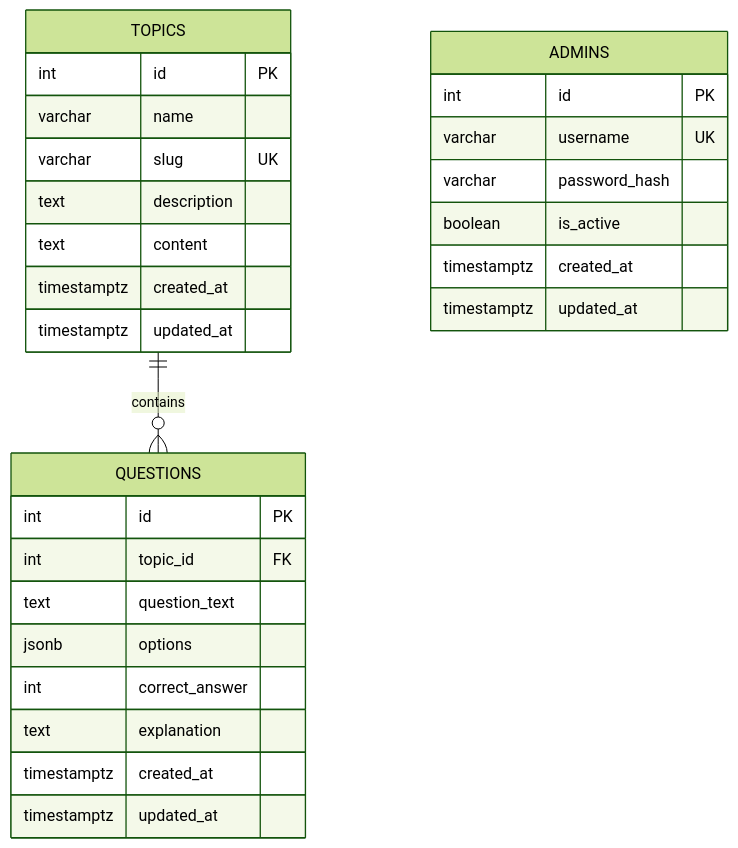
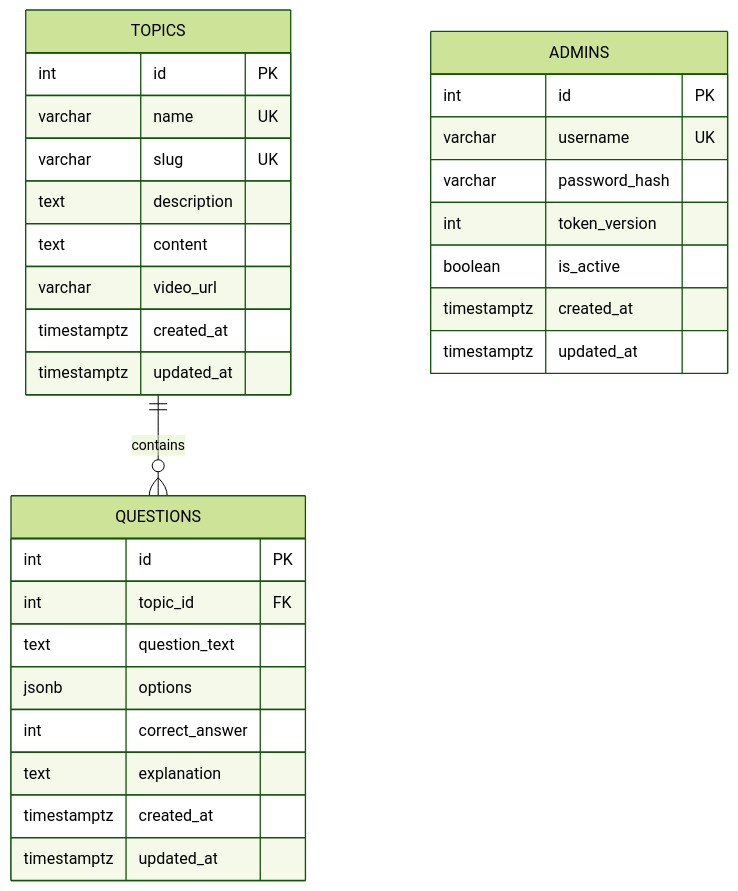
The diagram in backend/database/README.md (MichaelSkyman/NT548-Group-6), drawn with Mermaid (forest theme) before and after one commit. The commit also changed other lines of this file and 28 other files, not shown here.

Commit message:
Reconcile database schema with backend and Kubernetes branches

````diff
--- a/backend/database/README.md
+++ b/backend/database/README.md
@@ -21,31 +23,33 @@
 ```mermaid
 erDiagram
     TOPICS ||--o{ QUESTIONS : contains
     TOPICS {
         int id PK
-        varchar name
+        varchar name UK
         varchar slug UK
         text description
         text content
+        varchar video_url
         timestamptz created_at
         timestamptz updated_at
     }
     QUESTIONS {
         int id PK
         int topic_id FK
         text question_text
         jsonb options
         int correct_answer
         text explanation
         timestamptz created_at
         timestamptz updated_at
     }
     ADMINS {
         int id PK
         varchar username UK
         varchar password_hash
+        int token_version
         boolean is_active
         timestamptz created_at
         timestamptz updated_at
     }
 ```
````
